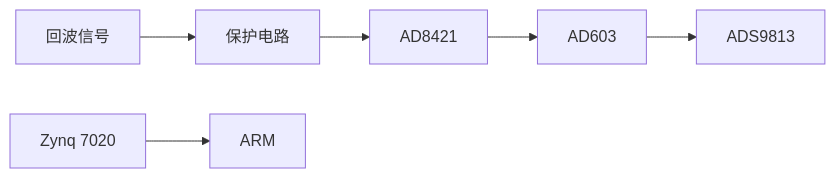
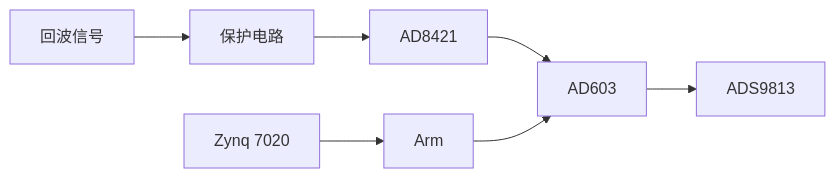
One commit to Rukawa15/iodraw-files changed the diagram in all/多通道同步采集-1.md. Above: the diagram before and after it, drawn with Mermaid.

Commit message:
2025-06-18 23:22:22 update

````diff
--- a/all/多通道同步采集-1.md
+++ b/all/多通道同步采集-1.md
@@ -1,7 +1,7 @@
 ```mermaid
 graph LR
 A[回波信号] --> B[保护电路]
 B --> C[AD8421] -->D[AD603]
-E[Zynq 7020] --> G[ARM]
+E[Zynq 7020] --> G[Arm] -->
 D --> F[ADS9813]
 ```
````
